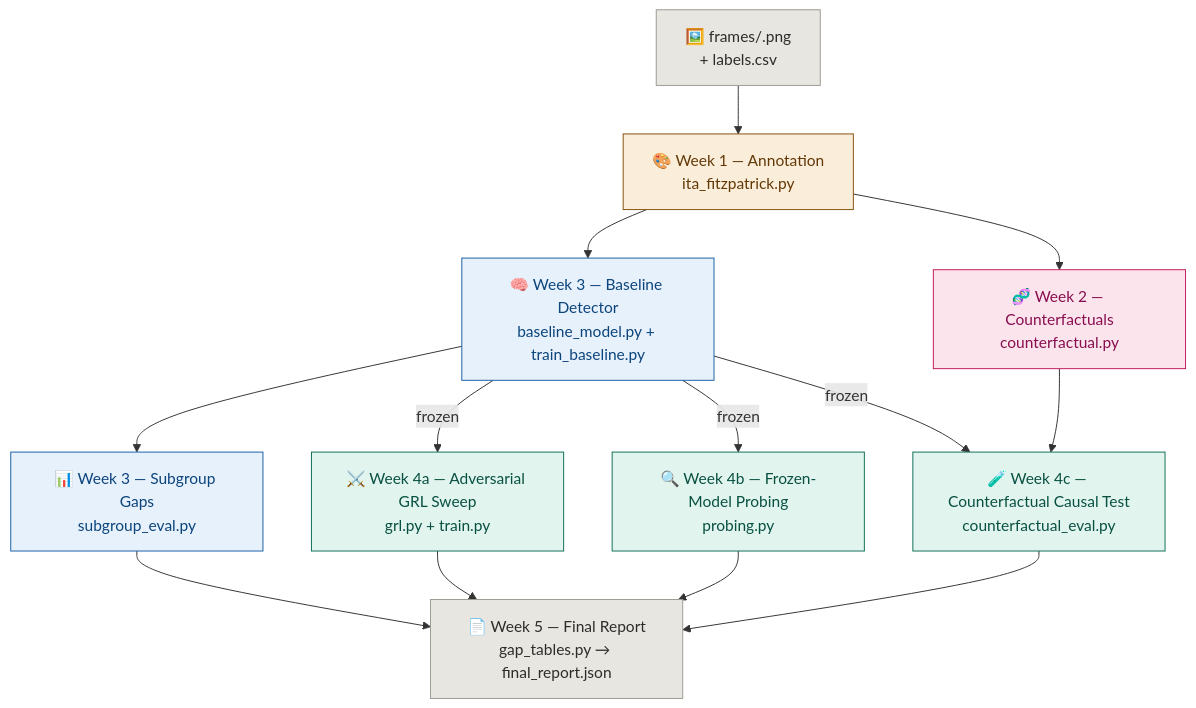
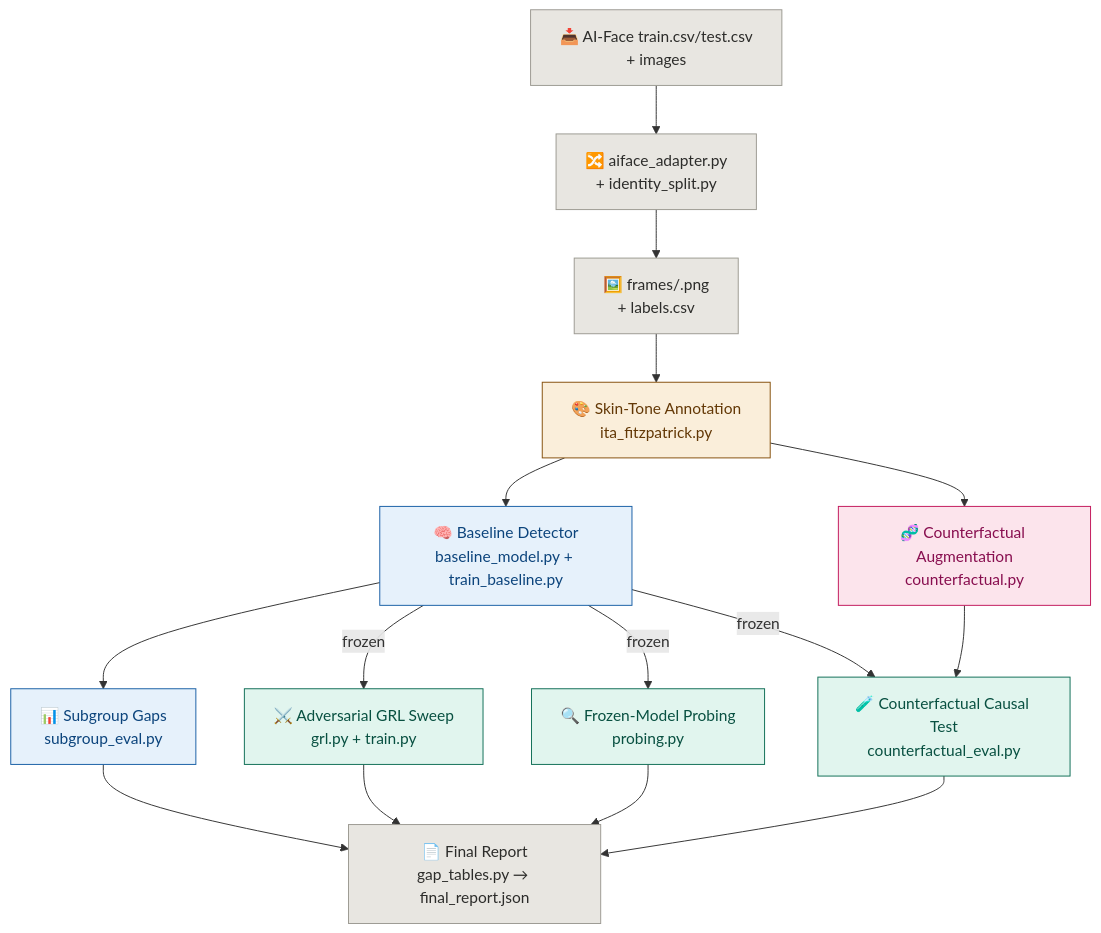
The diagram in README.md (ria0304/FairFaceGuard), drawn with Mermaid before and after one commit. The commit also changed other lines of this file, not shown here.

````diff
--- a/README.md
+++ b/README.md
@@ -80,29 +86,32 @@
 ```mermaid
 flowchart TD
+    Z["📥 AI-Face train.csv/test.csv\n+ images"]:::gray
+    Y["🔀 aiface_adapter.py\n+ identity_split.py"]:::gray
     A["🖼️ frames/<face_id>.png\n+ labels.csv"]:::gray
-    B["🎨 Week 1 — Annotation\nita_fitzpatrick.py"]:::amber
-    C["🧬 Week 2 — Counterfactuals\ncounterfactual.py"]:::pink
-    D["🧠 Week 3 — Baseline Detector\nbaseline_model.py + train_baseline.py"]:::blue
-    E["📊 Week 3 — Subgroup Gaps\nsubgroup_eval.py"]:::blue
-    F["⚔️ Week 4a — Adversarial GRL Sweep\ngrl.py + train.py"]:::teal
-    G["🔍 Week 4b — Frozen-Model Probing\nprobing.py"]:::teal
-    H["🧪 Week 4c — Counterfactual Causal Test\ncounterfactual_eval.py"]:::teal
-    I["📄 Week 5 — Final Report\ngap_tables.py → final_report.json"]:::gray
+    B["🎨 Skin-Tone Annotation\nita_fitzpatrick.py"]:::amber
+    C["🧬 Counterfactual Augmentation\ncounterfactual.py"]:::pink
+    D["🧠 Baseline Detector\nbaseline_model.py + train_baseline.py"]:::blue
+    E["📊 Subgroup Gaps\nsubgroup_eval.py"]:::blue
+    F["⚔️ Adversarial GRL Sweep\ngrl.py + train.py"]:::teal
+    G["🔍 Frozen-Model Probing\nprobing.py"]:::teal
+    H["🧪 Counterfactual Causal Test\ncounterfactual_eval.py"]:::teal
+    I["📄 Final Report\ngap_tables.py → final_report.json"]:::gray
 
+    Z --> Y --> A
     A --> B --> C
     B --> D --> E
     D -->|"frozen"| F
     D -->|"frozen"| G
     D -->|"frozen"| H
     C --> H
     E --> I
     F --> I
     G --> I
     H --> I
 
     classDef gray   fill:#e8e6e1,stroke:#9c9a92,color:#2C2C2A
     classDef teal   fill:#E1F5EE,stroke:#0F6E56,color:#085041
     classDef blue   fill:#E6F1FB,stroke:#185FA5,color:#0C447C
     classDef amber  fill:#FAEEDA,stroke:#854F0B,color:#633806
     classDef pink   fill:#FCE4EC,stroke:#C2185B,color:#880E4F
 ```
````
